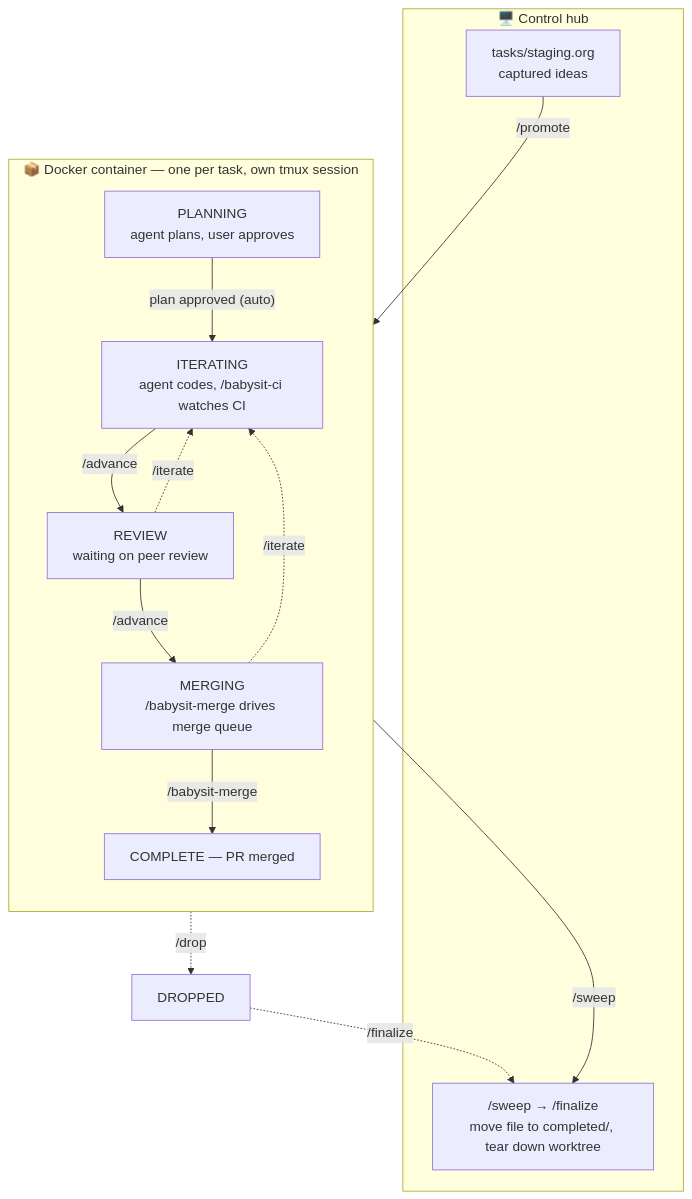
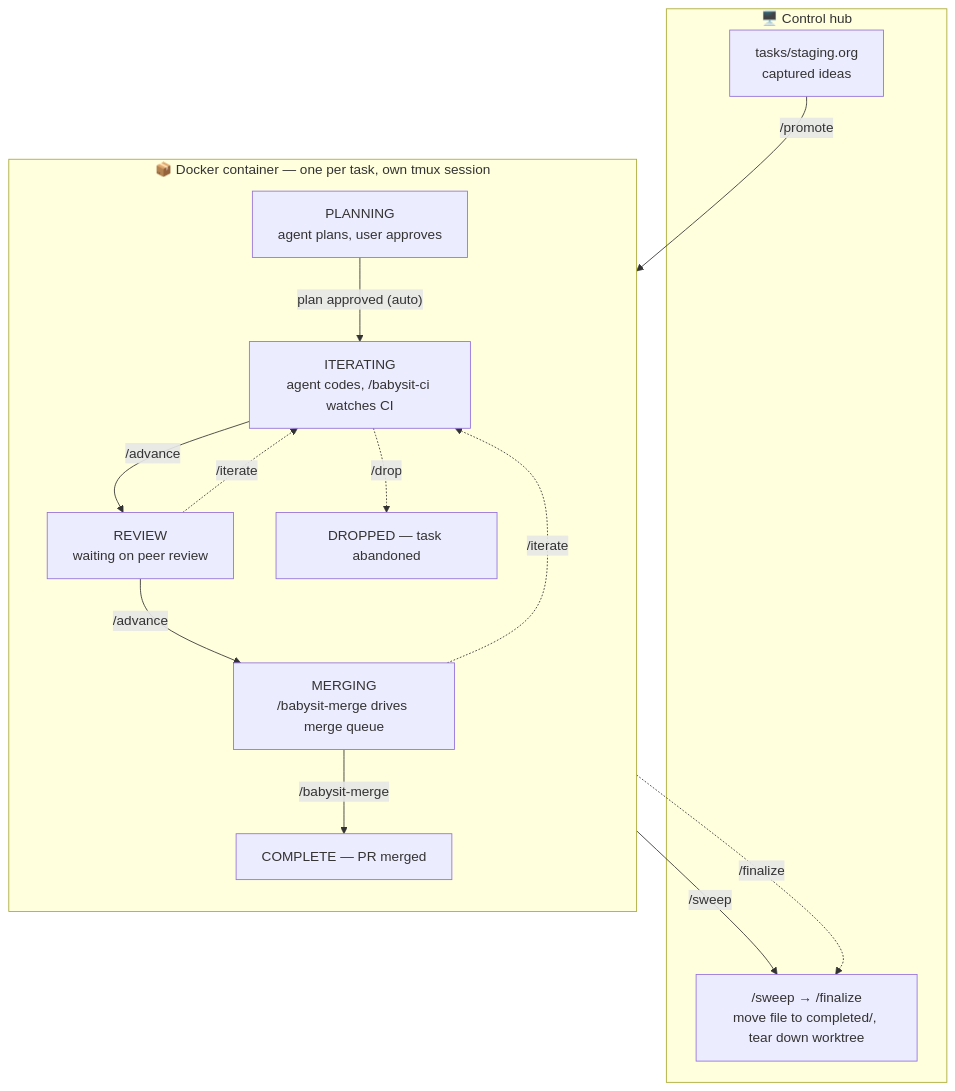
The diagram in README.md (tildesrc/cloude-cade), drawn with Mermaid before and after one commit.

Commit message:
Move the DROPPED box inside the container subgraph
Per review feedback: declare DROPPED alongside COMPLETE inside the
container subgraph rather than inline on the /drop edge, so both
terminal states sit in the same box. Gave it a description matching
COMPLETE's style.

````diff
--- a/README.md
+++ b/README.md
@@ -57,28 +57,29 @@
 ```mermaid
 flowchart TD
     subgraph host["🖥️  Control hub"]
         STAGING["tasks/staging.org<br/>captured ideas"]
         CLEANUP["/sweep → /finalize<br/>move file to completed/, tear down worktree"]
     end
 
     subgraph container["📦  Docker container — one per task, own tmux session"]
         direction TB
         PLANNING["PLANNING<br/>agent plans, user approves"]
         ITERATING["ITERATING<br/>agent codes, /babysit-ci watches CI"]
         REVIEW["REVIEW<br/>waiting on peer review"]
         MERGING["MERGING<br/>/babysit-merge drives merge queue"]
         COMPLETE["COMPLETE — PR merged"]
+        DROPPED["DROPPED — task abandoned"]
     end
 
     STAGING -->|"/promote"| PLANNING
     PLANNING -->|"plan approved (auto)"| ITERATING
     ITERATING -->|"/advance"| REVIEW
     REVIEW -->|"/advance"| MERGING
     MERGING -->|"/babysit-merge"| COMPLETE
     COMPLETE -->|"/sweep"| CLEANUP
 
     REVIEW -.->|"/iterate"| ITERATING
     MERGING -.->|"/iterate"| ITERATING
-    ITERATING -.->|"/drop"| DROPPED["DROPPED"]
+    ITERATING -.->|"/drop"| DROPPED
     DROPPED -.->|"/finalize"| CLEANUP
 ```
````
